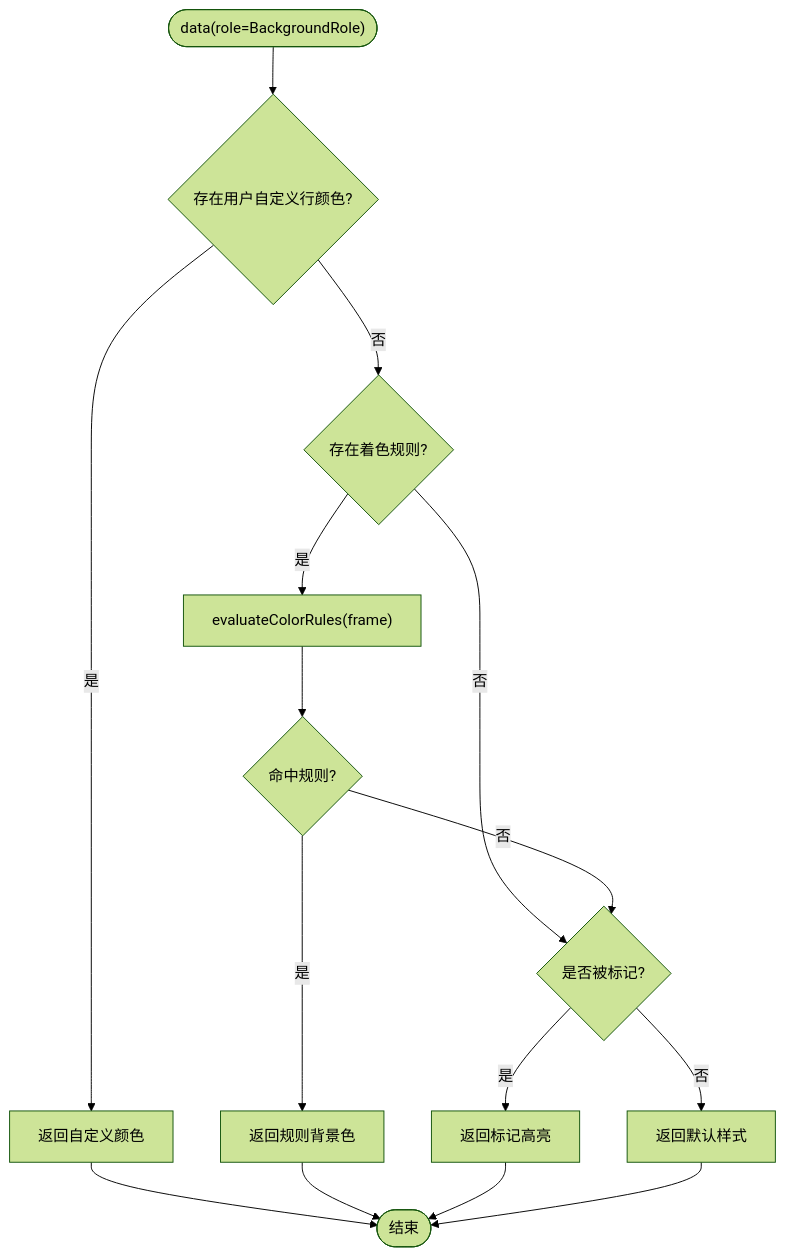
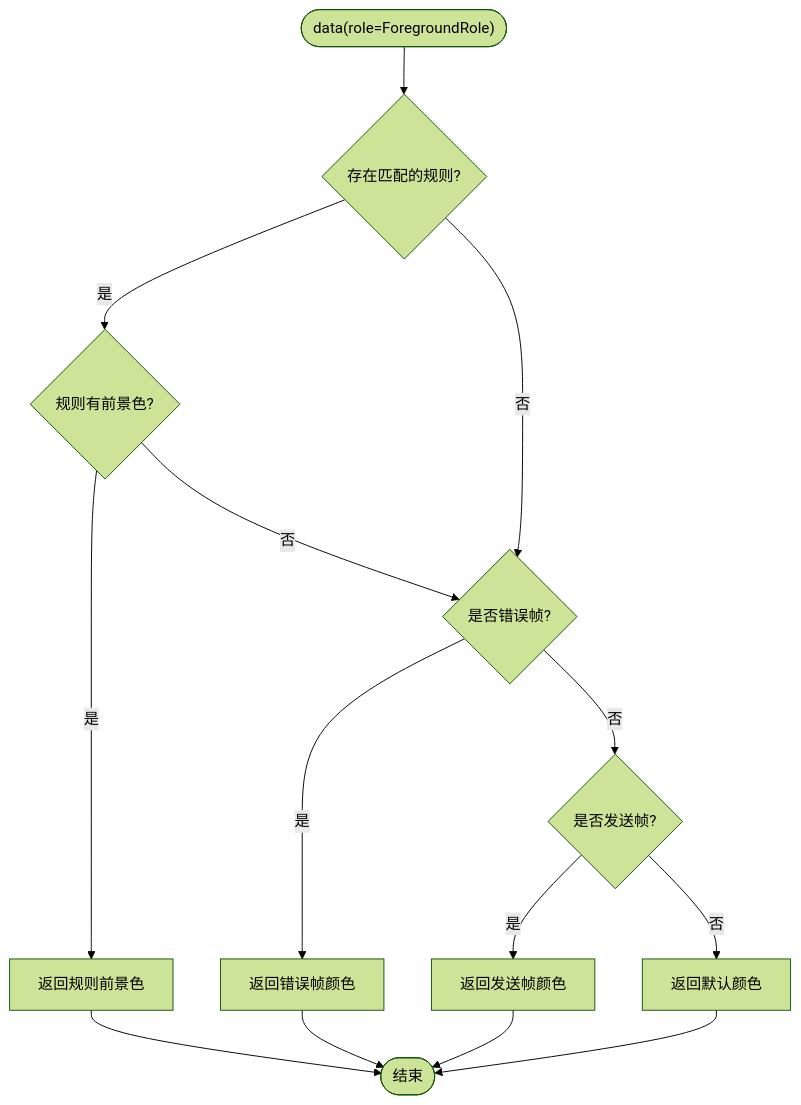
One commit to jakecai1225-design/OpenBus changed the fourth of 5 diagrams in .qoder/repowiki/zh/content/架构设计/UI系统设计/颜色规则编辑器.md. Above: the diagram before and after it, drawn with Mermaid (forest theme). The commit also changed other lines of this file and 10 other files, not shown here.

Commit message:
flow指示灯，模拟器开关

````diff
--- a/.qoder/repowiki/zh/content/架构设计/UI系统设计/颜色规则编辑器.md
+++ b/.qoder/repowiki/zh/content/架构设计/UI系统设计/颜色规则编辑器.md
@@ -179,17 +193,16 @@
 ```mermaid
 flowchart TD
-Start(["data(role=BackgroundRole)"]) --> CheckCustom{"存在用户自定义行颜色?"}
-CheckCustom --> |是| UseCustom["返回自定义颜色"]
-CheckCustom --> |否| CheckRules{"存在着色规则?"}
-CheckRules --> |否| CheckMarked{"是否被标记?"}
-CheckRules --> |是| EvalRules["evaluateColorRules(frame)"]
-EvalRules --> RuleHit{"命中规则?"}
-RuleHit --> |是| UseRule["返回规则背景色"]
-RuleHit --> |否| CheckMarked
-CheckMarked --> |是| UseMark["返回标记高亮"]
-CheckMarked --> |否| Default["返回默认样式"]
-UseCustom --> End(["结束"])
-UseRule --> End
-UseMark --> End
-Default --> End
+Start(["data(role=ForegroundRole)"]) --> CheckRule{"存在匹配的规则?"}
+CheckRule --> |是| CheckFg{"规则有前景色?"}
+CheckRule --> |否| CheckError{"是否错误帧?"}
+CheckFg --> |是| UseRule["返回规则前景色"]
+CheckFg --> |否| CheckError
+CheckError --> |是| UseError["返回错误帧颜色"]
+CheckError --> |否| CheckTx{"是否发送帧?"}
+CheckTx --> |是| UseTx["返回发送帧颜色"]
+CheckTx --> |否| UseDefault["返回默认颜色"]
+UseRule --> End(["结束"])
+UseError --> End
+UseTx --> End
+UseDefault --> End
 ```
````
